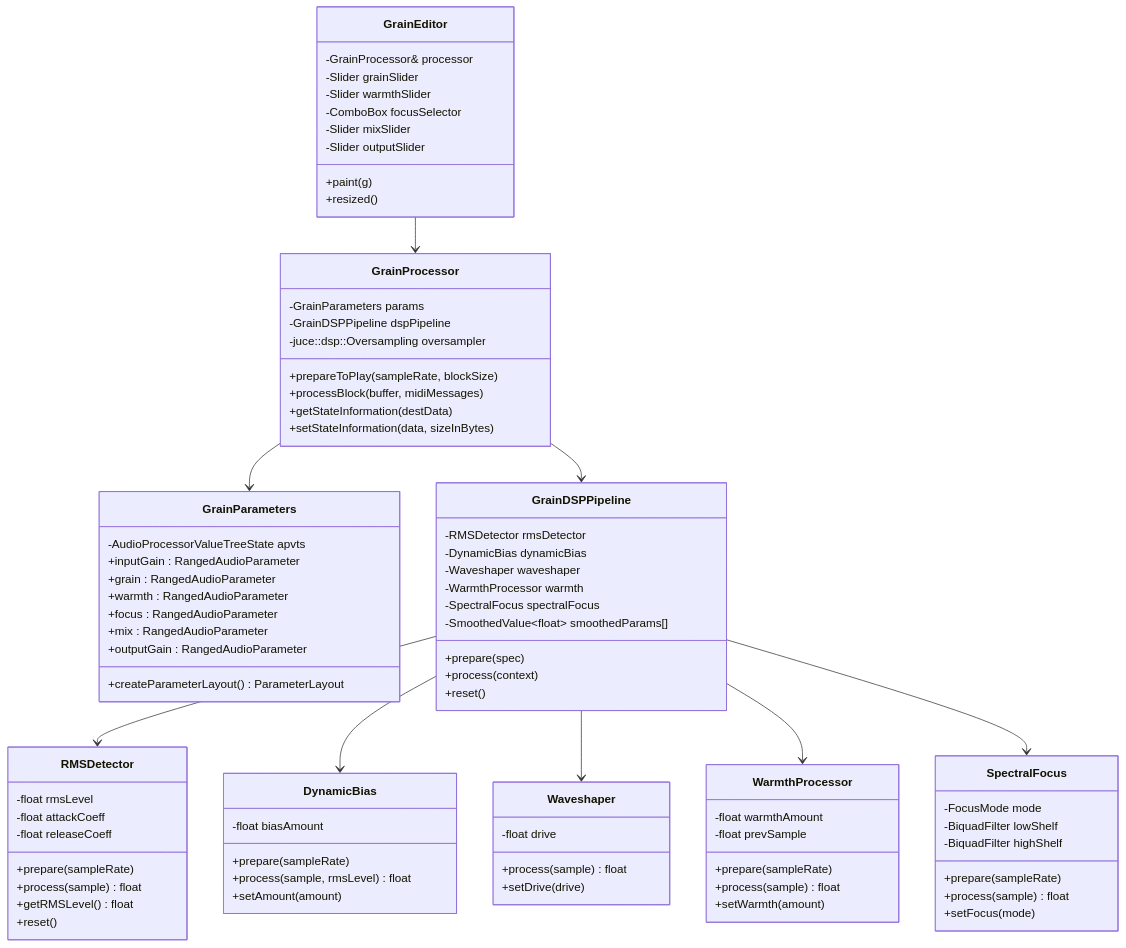
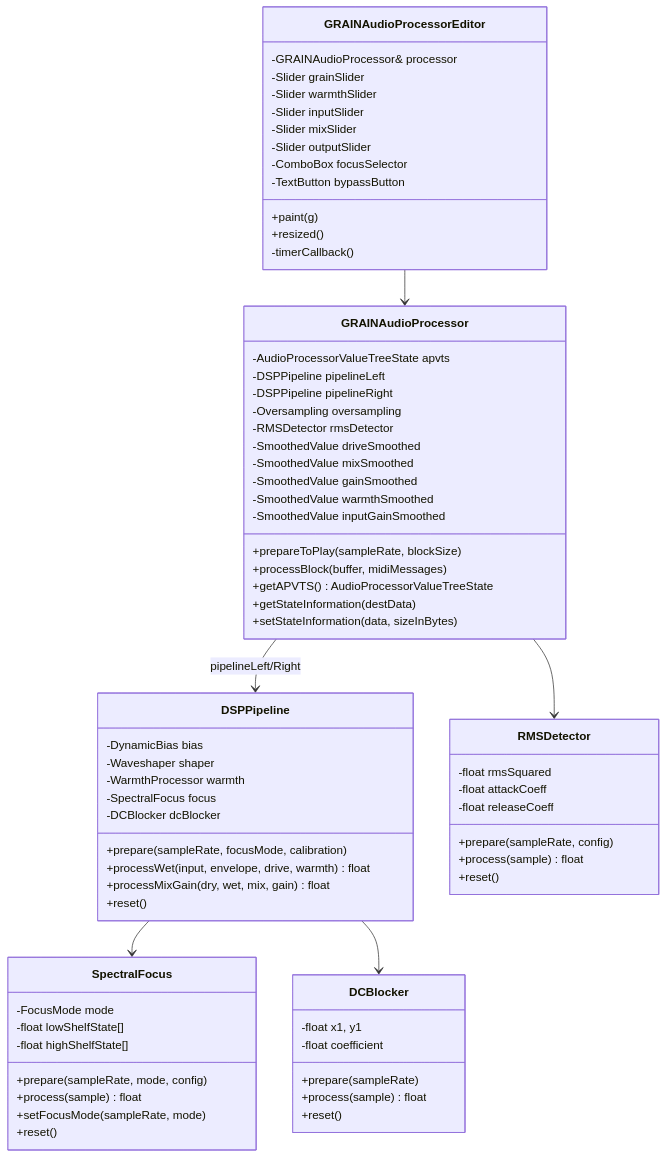
One commit to sbrocos/GRAIN changed the second of 4 diagrams in docs/GRAIN_Code_Architecture.md. Above: the diagram before and after it, drawn with Mermaid. The commit also changed other lines of this file and 4 other files, not shown here.

````diff
--- a/docs/GRAIN_Code_Architecture.md
+++ b/docs/GRAIN_Code_Architecture.md
@@ -66,95 +68,79 @@
 ```mermaid
 classDiagram
-    class GrainProcessor {
-        -GrainParameters params
-        -GrainDSPPipeline dspPipeline
-        -juce::dsp::Oversampling oversampler
+    class GRAINAudioProcessor {
+        -AudioProcessorValueTreeState apvts
+        -DSPPipeline pipelineLeft
+        -DSPPipeline pipelineRight
+        -Oversampling oversampling
+        -RMSDetector rmsDetector
+        -SmoothedValue driveSmoothed
+        -SmoothedValue mixSmoothed
+        -SmoothedValue gainSmoothed
+        -SmoothedValue warmthSmoothed
+        -SmoothedValue inputGainSmoothed
         +prepareToPlay(sampleRate, blockSize)
         +processBlock(buffer, midiMessages)
+        +getAPVTS() AudioProcessorValueTreeState
         +getStateInformation(destData)
         +setStateInformation(data, sizeInBytes)
     }
-    
-    class GrainParameters {
-        -AudioProcessorValueTreeState apvts
-        +inputGain : RangedAudioParameter
-        +grain : RangedAudioParameter
-        +warmth : RangedAudioParameter
-        +focus : RangedAudioParameter
-        +mix : RangedAudioParameter
-        +outputGain : RangedAudioParameter
-        +createParameterLayout() ParameterLayout
-    }
-    
-    class GrainDSPPipeline {
-        -RMSDetector rmsDetector
-        -DynamicBias dynamicBias
-        -Waveshaper waveshaper
+
+    class DSPPipeline {
+        -DynamicBias bias
+        -Waveshaper shaper
         -WarmthProcessor warmth
-        -SpectralFocus spectralFocus
-        -SmoothedValue~float~ smoothedParams[]
-        +prepare(spec)
-        +process(context)
+        -SpectralFocus focus
+        -DCBlocker dcBlocker
+        +prepare(sampleRate, focusMode, calibration)
+        +processWet(input, envelope, drive, warmth) float
+        +processMixGain(dry, wet, mix, gain) float
         +reset()
     }
-    
+
     class RMSDetector {
-        -float rmsLevel
+        -float rmsSquared
         -float attackCoeff
         -float releaseCoeff
+        +prepare(sampleRate, config)
+        +process(sample) float
+        +reset()
+    }
+
+    class SpectralFocus {
+        -FocusMode mode
+        -float lowShelfState[]
+        -float highShelfState[]
+        +prepare(sampleRate, mode, config)
+        +process(sample) float
+        +setFocusMode(sampleRate, mode)
+        +reset()
+    }
+
+    class DCBlocker {
+        -float x1, y1
+        -float coefficient
         +prepare(sampleRate)
         +process(sample) float
-        +getRMSLevel() float
         +reset()
     }
-    
-    class DynamicBias {
-        -float biasAmount
-        +prepare(sampleRate)
-        +process(sample, rmsLevel) float
-        +setAmount(amount)
-    }
-    
-    class Waveshaper {
-        -float drive
-        +process(sample) float
-        +setDrive(drive)
-    }
-    
-    class WarmthProcessor {
-        -float warmthAmount
-        -float prevSample
-        +prepare(sampleRate)
-        +process(sample) float
-        +setWarmth(amount)
-    }
-    
-    class SpectralFocus {
-        -FocusMode mode
-        -BiquadFilter lowShelf
-        -BiquadFilter highShelf
-        +prepare(sampleRate)
-        +process(sample) float
-        +setFocus(mode)
-    }
-    
-    class GrainEditor {
-        -GrainProcessor& processor
+
+    class GRAINAudioProcessorEditor {
+        -GRAINAudioProcessor& processor
         -Slider grainSlider
         -Slider warmthSlider
-        -ComboBox focusSelector
+        -Slider inputSlider
         -Slider mixSlider
         -Slider outputSlider
+        -ComboBox focusSelector
+        -TextButton bypassButton
         +paint(g)
         +resized()
+        -timerCallback()
     }
 
-    GrainProcessor --> GrainParameters
-    GrainProcessor --> GrainDSPPipeline
-    GrainDSPPipeline --> RMSDetector
-    GrainDSPPipeline --> DynamicBias
-    GrainDSPPipeline --> Waveshaper
-    GrainDSPPipeline --> WarmthProcessor
-    GrainDSPPipeline --> SpectralFocus
-    GrainEditor --> GrainProcessor
+    GRAINAudioProcessor --> DSPPipeline : pipelineLeft/Right
+    GRAINAudioProcessor --> RMSDetector
+    DSPPipeline --> SpectralFocus
+    DSPPipeline --> DCBlocker
+    GRAINAudioProcessorEditor --> GRAINAudioProcessor
 ```
````
